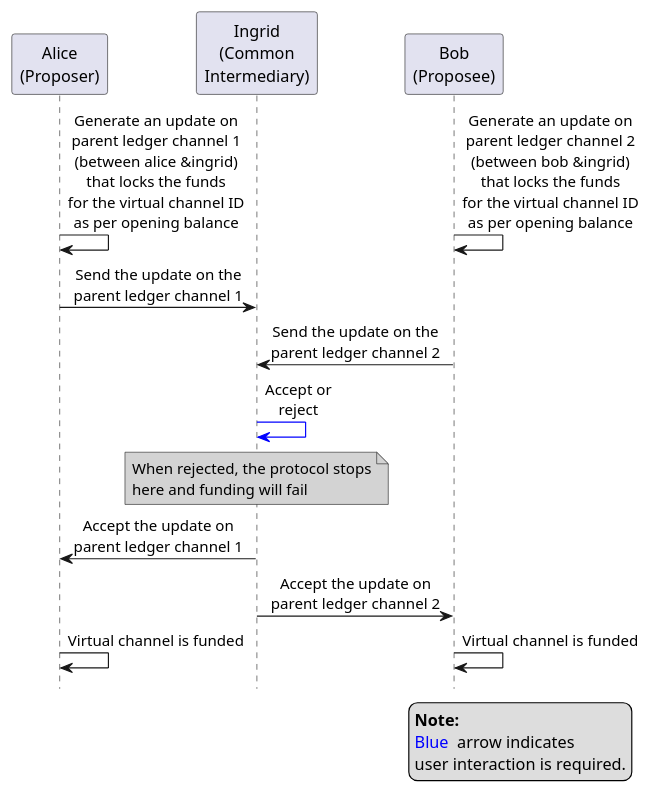
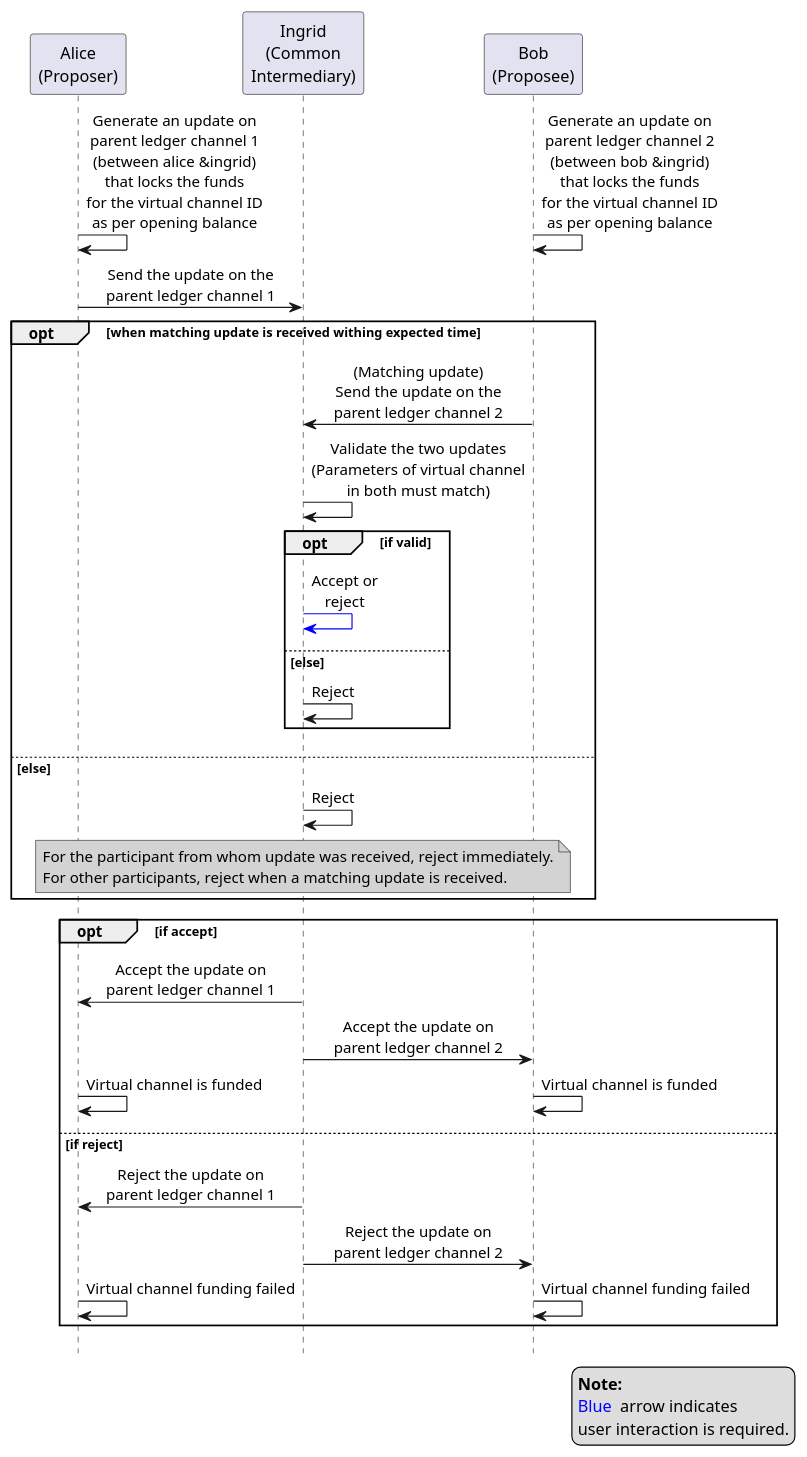
Before and after one commit to hyperledger-labs/perun-doc: the diagram in source/images/concepts/open_funding_virtual.plantuml, drawn with PlantUML. The commit also changed 13 other files, not shown here.

```diff
--- a/source/images/concepts/open_funding_virtual.plantuml
+++ b/source/images/concepts/open_funding_virtual.plantuml
@@ -4,36 +4,55 @@
 @startuml open_funding_virtual
 !pragma teoz true
 hide footbox
 skinparam SequenceMessageAlign center
 
 participant "Alice\n(Proposer)" as alice
 participant "Ingrid\n(Common\nIntermediary)" as ingrid
 participant "Bob\n(Proposee)" as bob
 
 alice -> alice: Generate an update on\nparent ledger channel 1\n(between alice &ingrid)\nthat locks the funds\nfor the virtual channel ID\nas per opening balance
 &bob -> bob: Generate an update on\nparent ledger channel 2\n(between bob &ingrid)\nthat locks the funds\nfor the virtual channel ID\nas per opening balance
 
 alice -> ingrid: Send the update on the\nparent ledger channel 1
-ingrid <- bob: Send the update on the\nparent ledger channel 2
 
+opt when matching update is received withing expected time
+ingrid <- bob: (Matching update)\nSend the update on the\nparent ledger channel 2
+
+ingrid -> ingrid: Validate the two updates\n(Parameters of virtual channel\nin both must match)
+
+opt if valid
 ingrid -[#blue]> ingrid: Accept or\nreject
+else else
+ingrid -> ingrid: Reject
+end
 
+else else
+ingrid -> ingrid: Reject
 note over ingrid #LightGray
-When rejected, the protocol stops
-here and funding will fail
+For the participant from whom update was received, reject immediately.
+For other participants, reject when a matching update is received.
 end note
 
+end
+
+opt if accept
 alice <- ingrid: Accept the update on\nparent ledger channel 1
 ingrid -> bob: Accept the update on\nparent ledger channel 2
 
-
 alice -> alice: Virtual channel is funded
 &bob -> bob: Virtual channel is funded
+else if reject
+alice <- ingrid: Reject the update on\nparent ledger channel 1
+ingrid -> bob: Reject the update on\nparent ledger channel 2
+
+alice -> alice: Virtual channel funding failed
+&bob -> bob: Virtual channel funding failed
+end
 
 legend bottom right
 <b>Note:</b>
 <color:blue>Blue </color> arrow indicates
 user interaction is required.
 endlegend
 
 @enduml
```
